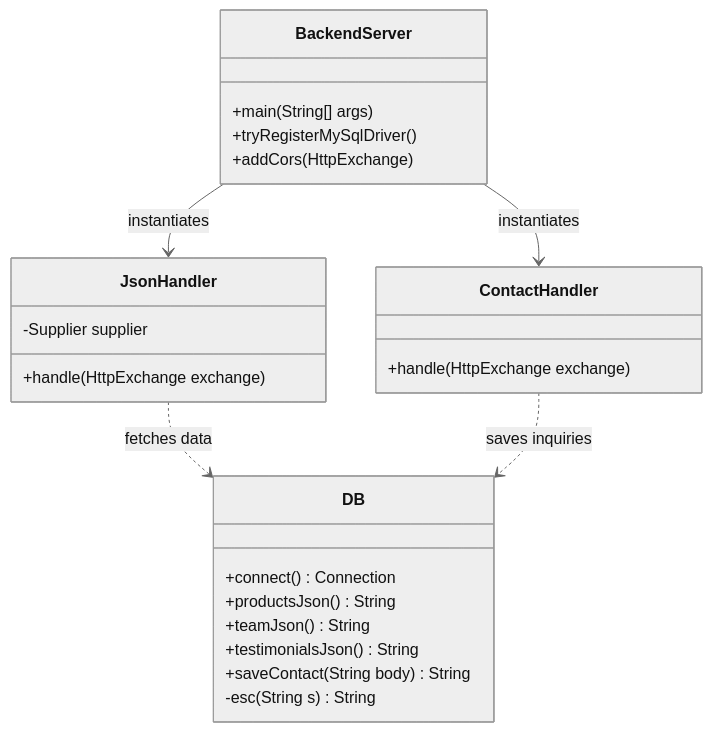
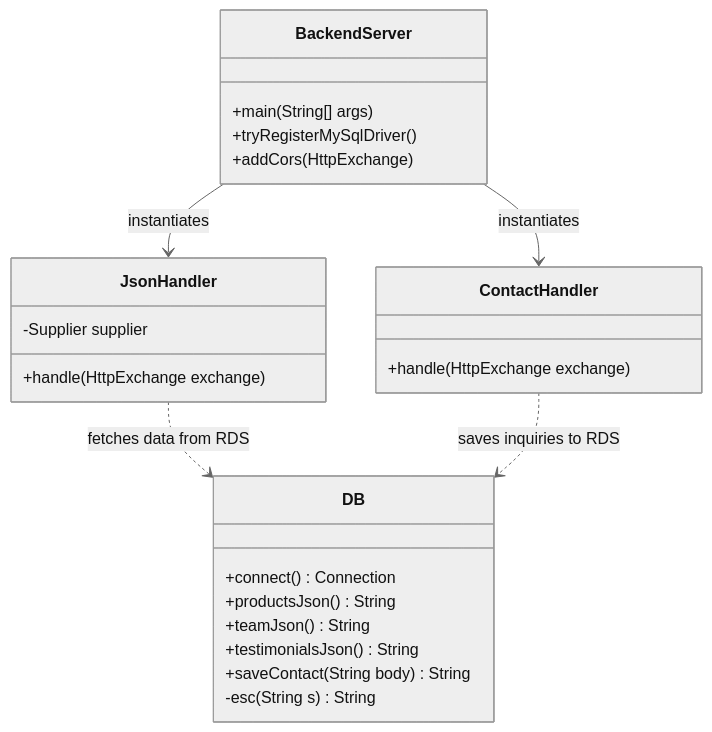
One commit to siddheshsomvanshi1/Bakery_Project_Docker_K8S changed the third of 7 diagrams in BakeryProject_new-main/Containerized Bakery Web Application/README.md. Above: the diagram before and after it, drawn with Mermaid (neutral theme). The commit also changed other lines of this file and 1 other file, not shown here.

````diff
--- a/BakeryProject_new-main/Containerized Bakery Web Application/README.md
+++ b/BakeryProject_new-main/Containerized Bakery Web Application/README.md
@@ -59,31 +66,31 @@
 ```mermaid
 classDiagram
     class BackendServer {
         +main(String[] args)
         +tryRegisterMySqlDriver()
         +addCors(HttpExchange)
     }
     
     class DB {
         +connect() Connection
         +productsJson() String
         +teamJson() String
         +testimonialsJson() String
         +saveContact(String body) String
         -esc(String s) String
     }
     
     class JsonHandler {
         -Supplier supplier
         +handle(HttpExchange exchange)
     }
     
     class ContactHandler {
         +handle(HttpExchange exchange)
     }
     
     BackendServer --> JsonHandler : instantiates
     BackendServer --> ContactHandler : instantiates
-    JsonHandler ..> DB : fetches data
-    ContactHandler ..> DB : saves inquiries
+    JsonHandler ..> DB : fetches data from RDS
+    ContactHandler ..> DB : saves inquiries to RDS
 ```
````
